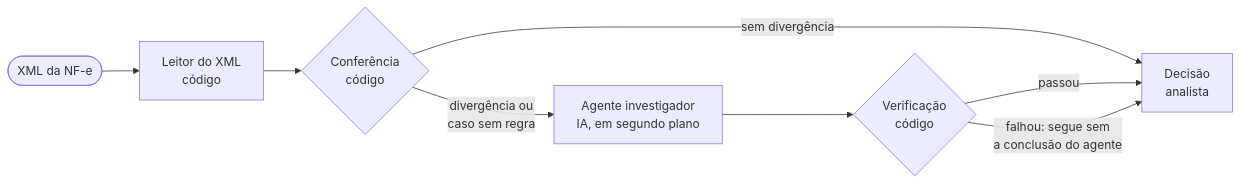
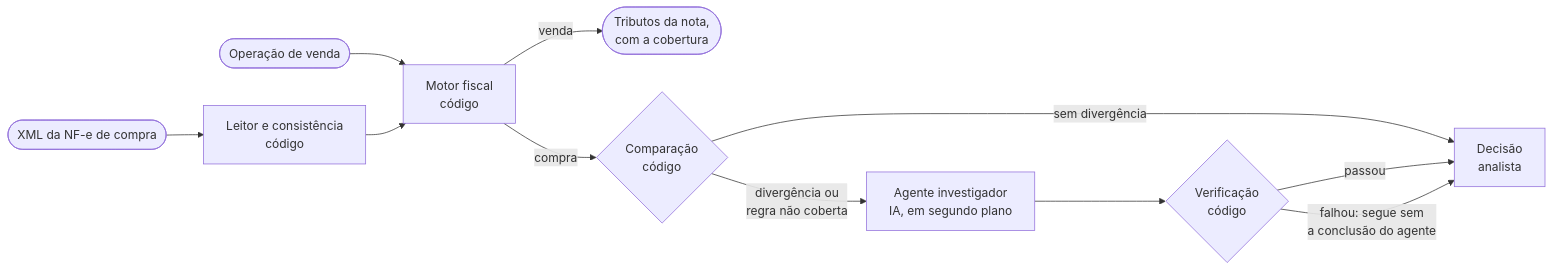
One commit to GuilhermeAJJ/IVA-DUAL-CHECK changed the first of 2 diagrams in README.md. Above: the diagram before and after it, drawn with Mermaid. The commit also changed other lines of this file and 2 other files, not shown here.

First line of the commit message:
docs: reescreve o README para o motor fiscal das 27 UFs

````diff
--- a/README.md
+++ b/README.md
@@ -44,10 +55,12 @@
 ```mermaid
 flowchart LR
-    N(["XML da NF-e"]) --> L["Leitor do XML<br/>código"]
-    L --> C{"Conferência<br/>código"}
+    OP(["Operação de venda"]) --> M["Motor fiscal<br/>código"]
+    N(["XML da NF-e de compra"]) --> L["Leitor e consistência<br/>código"] --> M
+    M -->|"venda"| T(["Tributos da nota,<br/>com a cobertura"])
+    M -->|"compra"| C{"Comparação<br/>código"}
     C -->|"sem divergência"| D["Decisão<br/>analista"]
-    C -->|"divergência ou<br/>caso sem regra"| A["Agente investigador<br/>IA, em segundo plano"]
+    C -->|"divergência ou<br/>regra não coberta"| A["Agente investigador<br/>IA, em segundo plano"]
     A --> V{"Verificação<br/>código"}
     V -->|"passou"| D
     V -->|"falhou: segue sem<br/>a conclusão do agente"| D
 ```
````
